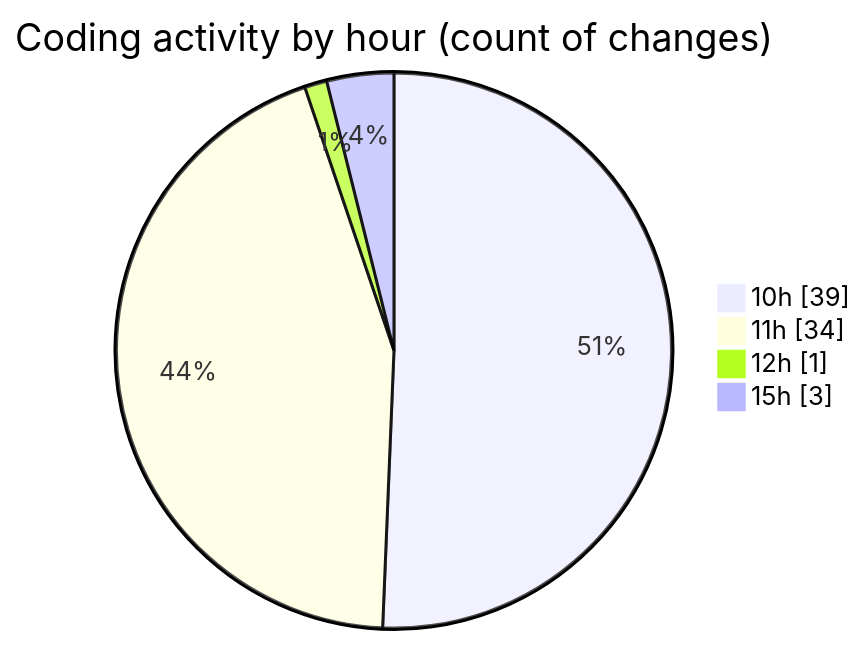
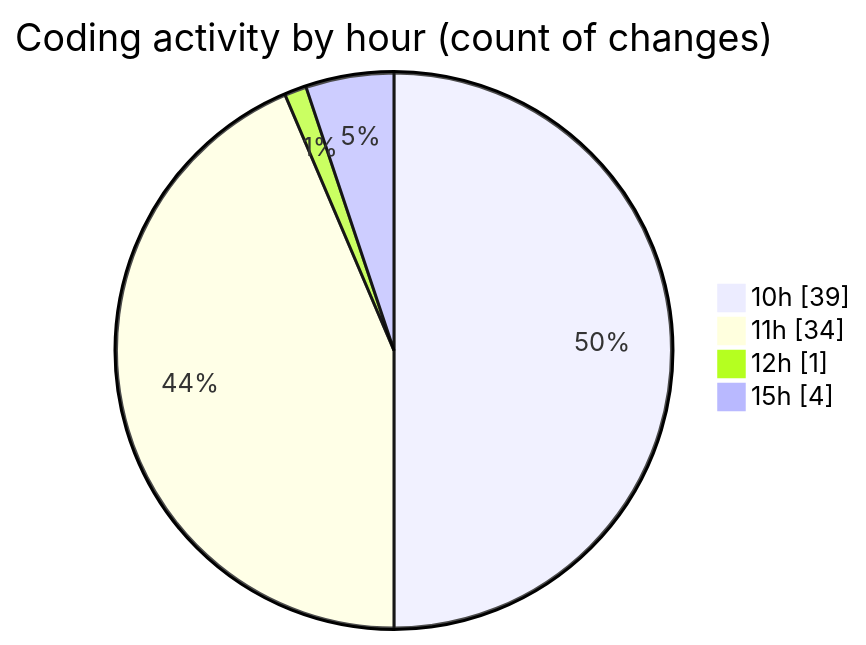
One commit to CELIANVF/code-tracking changed the second of 2 diagrams in 2025-04-15/portfolio/README.md. Above: the diagram before and after it, drawn with Mermaid. The commit also changed other lines of this file and 1 other file, not shown here.

````diff
--- a/2025-04-15/portfolio/README.md
+++ b/2025-04-15/portfolio/README.md
@@ -30,8 +30,8 @@
 ```mermaid
 pie showData
 title Coding activity by hour (count of changes)
 "10h" : 39
 "11h" : 34
 "12h" : 1
-"15h" : 3
+"15h" : 4
 ```
````
